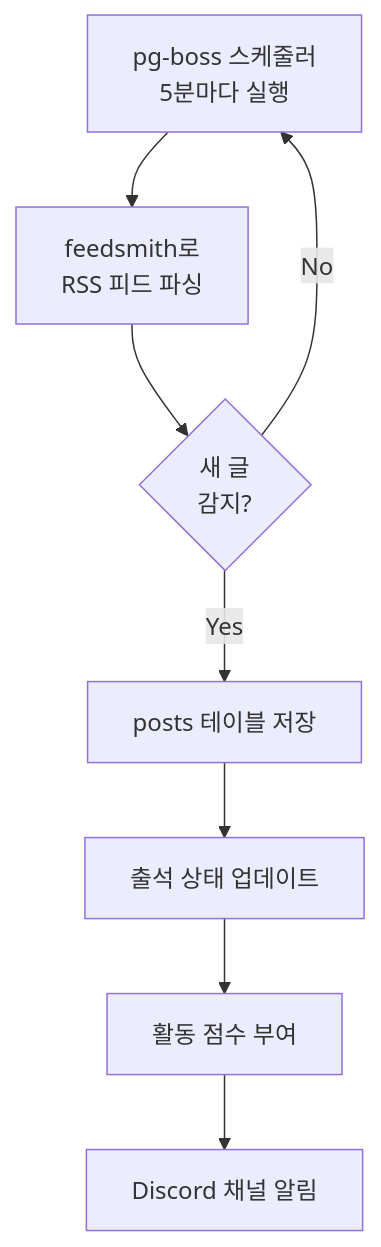
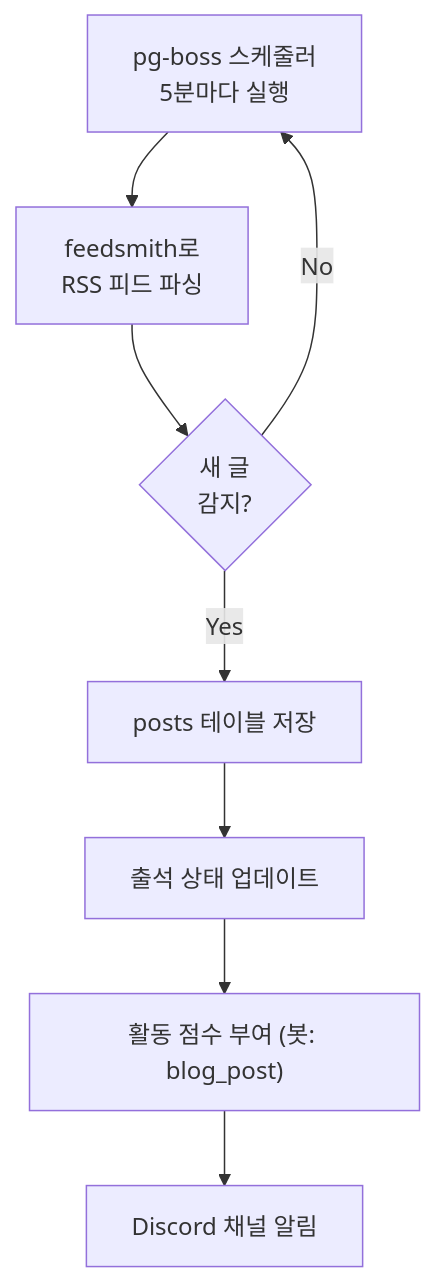
Before and after one commit to bbbang105/study-admin: the fifth of 9 diagrams in docs/ARCHITECTURE.md, drawn with Mermaid. The commit also changed other lines of this file and 28 other files, not shown here.

````diff
--- a/docs/ARCHITECTURE.md
+++ b/docs/ARCHITECTURE.md
@@ -201,10 +201,10 @@
 ```mermaid
 flowchart TD
     A["pg-boss 스케줄러<br/>5분마다 실행"] --> B["feedsmith로<br/>RSS 피드 파싱"]
     B --> C{"새 글<br/>감지?"}
     C -->|No| A
     C -->|Yes| D["posts 테이블 저장"]
     D --> E["출석 상태 업데이트"]
-    E --> F["활동 점수 부여"]
+    E --> F["활동 점수 부여 (봇: blog_post)"]
     F --> G["Discord 채널 알림"]
 ```
````
